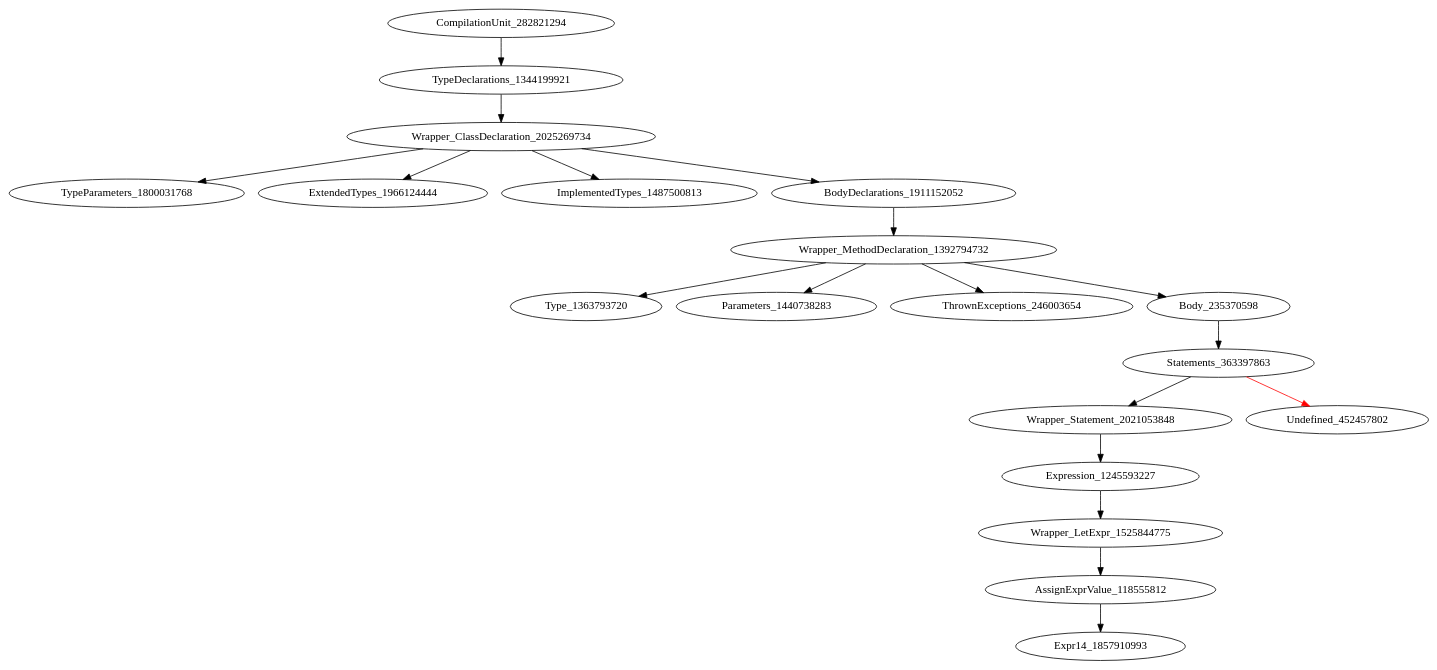
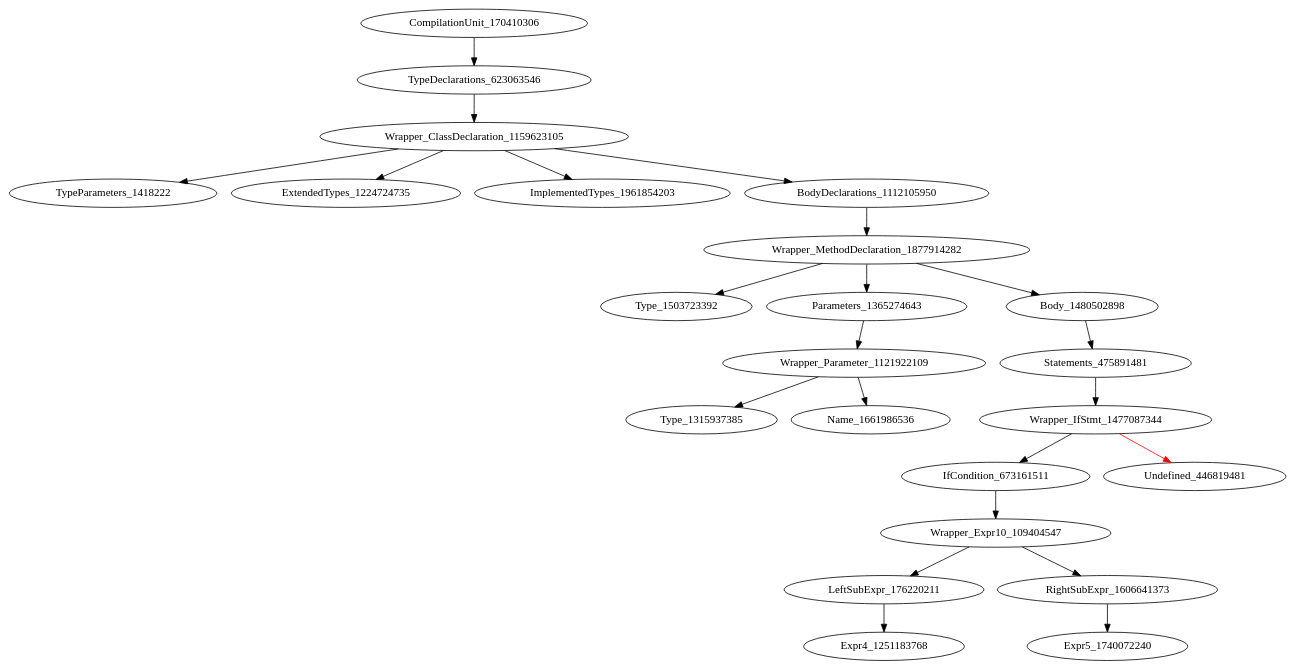
One commit to icse2023material/VoiceJava changed the diagram in holeAST.dot. Above: the diagram before and after it, drawn with Graphviz. The commit also changed 6 other files, not shown here.

```diff
--- a/holeAST.dot
+++ b/holeAST.dot
@@ -1,20 +1,24 @@
 digraph {
-CompilationUnit_282821294 -> TypeDeclarations_1344199921
-TypeDeclarations_1344199921 -> Wrapper_ClassDeclaration_2025269734
-Wrapper_ClassDeclaration_2025269734 -> TypeParameters_1800031768
-Wrapper_ClassDeclaration_2025269734 -> ExtendedTypes_1966124444
-Wrapper_ClassDeclaration_2025269734 -> ImplementedTypes_1487500813
-Wrapper_ClassDeclaration_2025269734 -> BodyDeclarations_1911152052
-BodyDeclarations_1911152052 -> Wrapper_MethodDeclaration_1392794732
-Wrapper_MethodDeclaration_1392794732 -> Type_1363793720
-Wrapper_MethodDeclaration_1392794732 -> Parameters_1440738283
-Wrapper_MethodDeclaration_1392794732 -> ThrownExceptions_246003654
-Wrapper_MethodDeclaration_1392794732 -> Body_235370598
-Body_235370598 -> Statements_363397863
-Statements_363397863 -> Wrapper_Statement_2021053848
-Statements_363397863 -> Undefined_452457802 [color = red] 
-Wrapper_Statement_2021053848 -> Expression_1245593227
-Expression_1245593227 -> Wrapper_LetExpr_1525844775
-Wrapper_LetExpr_1525844775 -> AssignExprValue_118555812
-AssignExprValue_118555812 -> Expr14_1857910993
+CompilationUnit_170410306 -> TypeDeclarations_623063546
+TypeDeclarations_623063546 -> Wrapper_ClassDeclaration_1159623105
+Wrapper_ClassDeclaration_1159623105 -> TypeParameters_1418222
+Wrapper_ClassDeclaration_1159623105 -> ExtendedTypes_1224724735
+Wrapper_ClassDeclaration_1159623105 -> ImplementedTypes_1961854203
+Wrapper_ClassDeclaration_1159623105 -> BodyDeclarations_1112105950
+BodyDeclarations_1112105950 -> Wrapper_MethodDeclaration_1877914282
+Wrapper_MethodDeclaration_1877914282 -> Type_1503723392
+Wrapper_MethodDeclaration_1877914282 -> Parameters_1365274643
+Wrapper_MethodDeclaration_1877914282 -> Body_1480502898
+Parameters_1365274643 -> Wrapper_Parameter_1121922109
+Body_1480502898 -> Statements_475891481
+Wrapper_Parameter_1121922109 -> Type_1315937385
+Wrapper_Parameter_1121922109 -> Name_1661986536
+Statements_475891481 -> Wrapper_IfStmt_1477087344
+Wrapper_IfStmt_1477087344 -> IfCondition_673161511
+Wrapper_IfStmt_1477087344 -> Undefined_446819481 [color = red] 
+IfCondition_673161511 -> Wrapper_Expr10_109404547
+Wrapper_Expr10_109404547 -> LeftSubExpr_176220211
+Wrapper_Expr10_109404547 -> RightSubExpr_1606641373
+LeftSubExpr_176220211 -> Expr4_1251183768
+RightSubExpr_1606641373 -> Expr5_1740072240
 }
```
